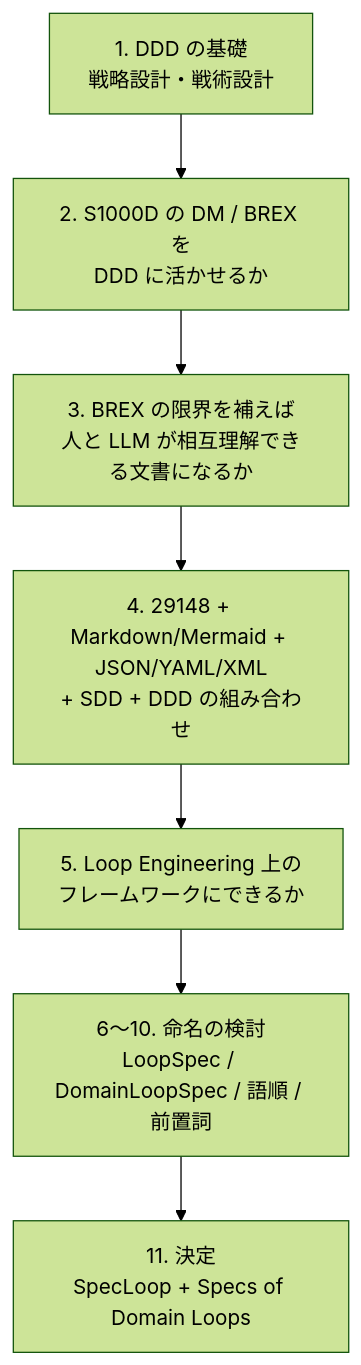
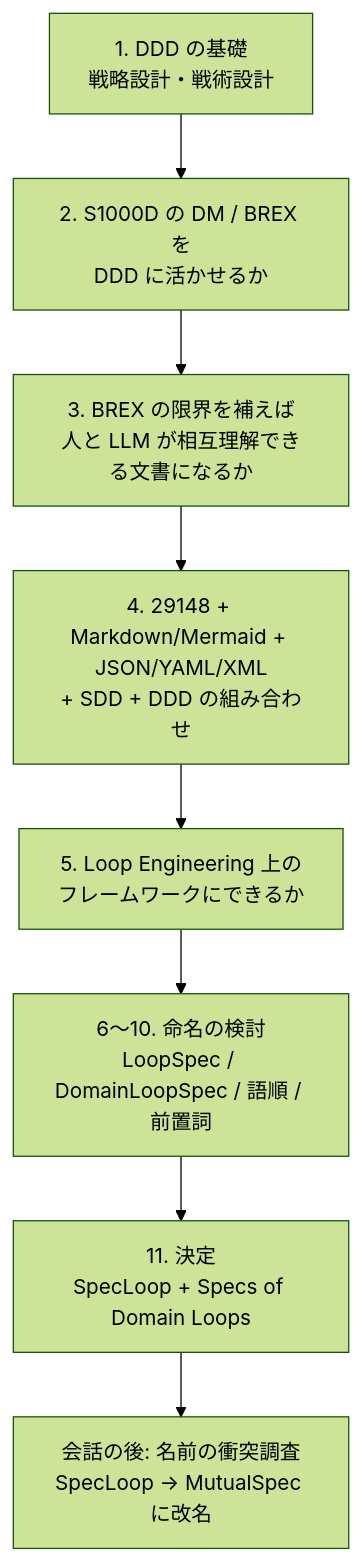
One commit to shuji-bonji/mutualspec changed the diagram in docs/00-origin.md. Above: the diagram before and after it, drawn with Mermaid (forest theme). The commit also changed other lines of this file and 86 other files, not shown here.

Commit message:
docs: フレームワーク名を MutualSpec に変更し、ADR-0011 採用・XSD 修正・名称調査を反映

````diff
--- a/docs/00-origin.md
+++ b/docs/00-origin.md
@@ -8,9 +8,10 @@
 ```mermaid
 flowchart TD
   T1["1. DDD の基礎<br/>戦略設計・戦術設計"] --> T2["2. S1000D の DM / BREX を<br/>DDD に活かせるか"]
   T2 --> T3["3. BREX の限界を補えば<br/>人と LLM が相互理解できる文書になるか"]
   T3 --> T4["4. 29148 + Markdown/Mermaid + JSON/YAML/XML<br/>+ SDD + DDD の組み合わせ"]
   T4 --> T5["5. Loop Engineering 上の<br/>フレームワークにできるか"]
   T5 --> T6["6〜10. 命名の検討<br/>LoopSpec / DomainLoopSpec / 語順 / 前置詞"]
   T6 --> T11["11. 決定<br/>SpecLoop + Specs of Domain Loops"]
+  T11 --> T12["会話の後: 名前の衝突調査<br/>SpecLoop → MutualSpec に改名"]
 ```
````
